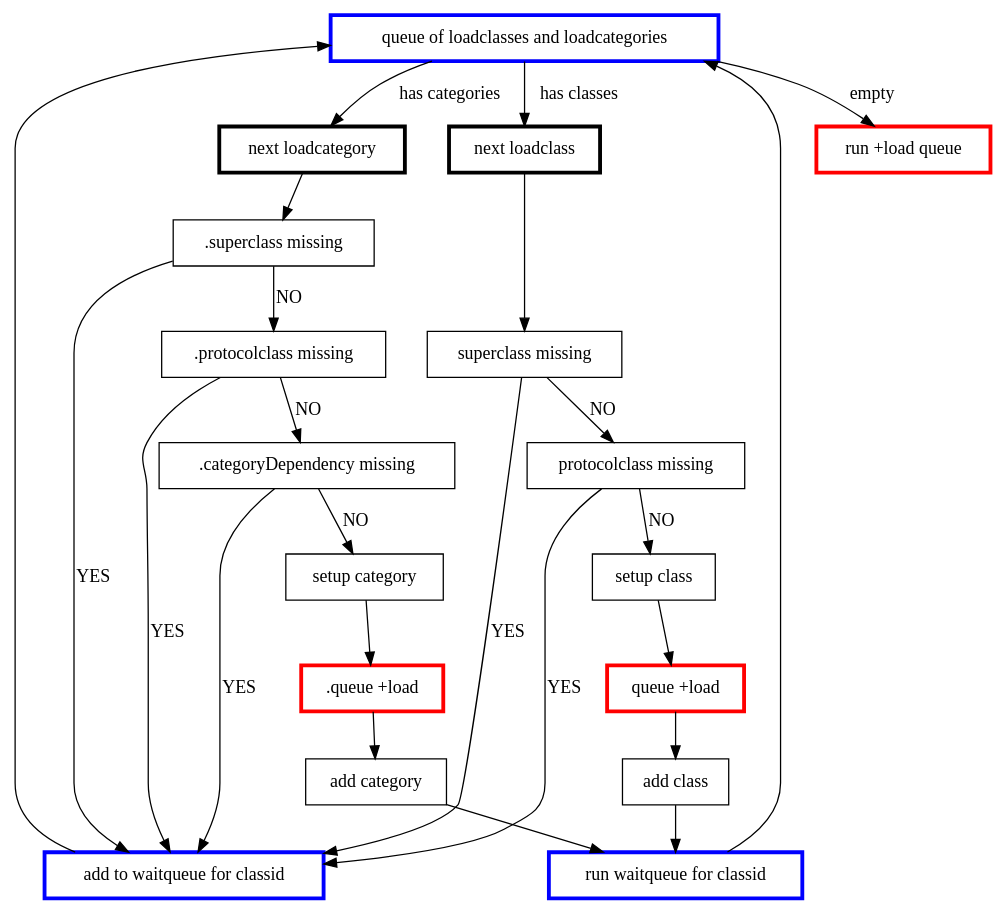
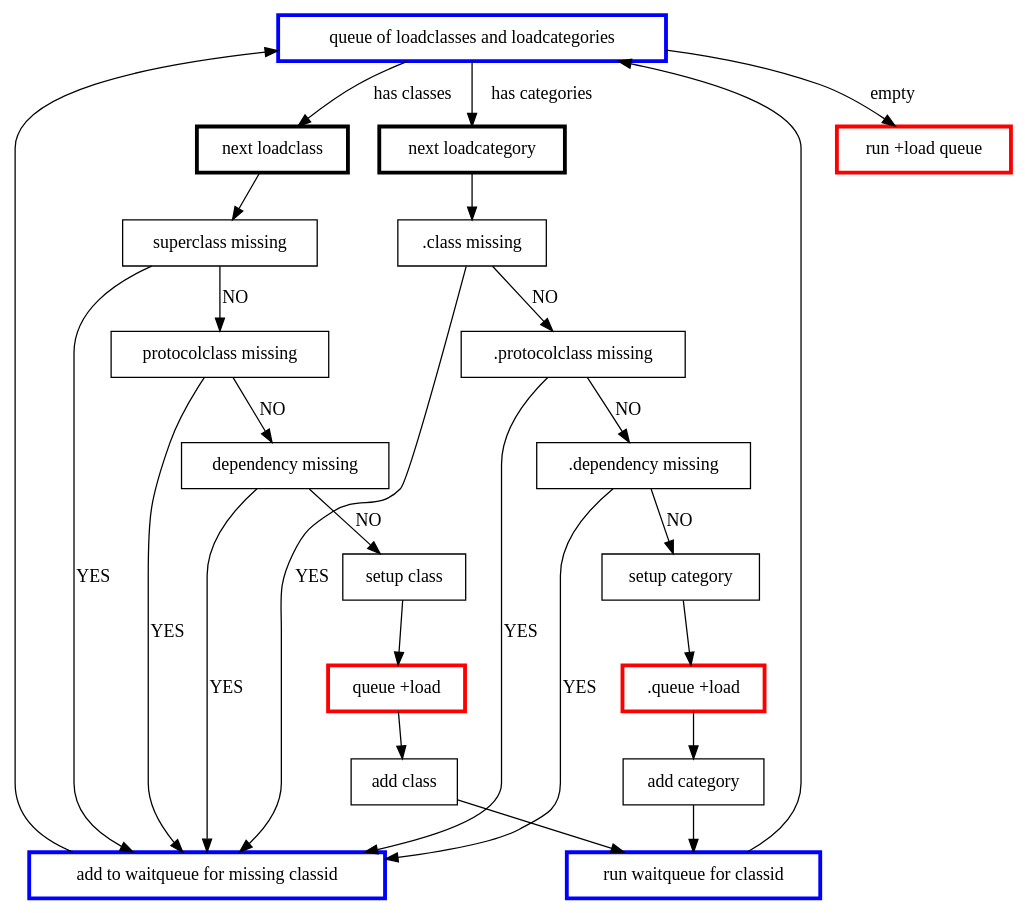
One commit to mulle-objc/mulle-objc-runtime changed the diagram in dox/load/loading.dot. Above: the diagram before and after it, drawn with Graphviz. The commit also changed 13 other files, not shown here.

```diff
--- a/dox/load/loading.dot
+++ b/dox/load/loading.dot
@@ -1,47 +1,48 @@
 digraph loading
 {
    node [ shape="box"]
-
 
    "queue of loadclasses and loadcategories" -> "next loadclass"     [ label=" has classes"]
    "queue of loadclasses and loadcategories" -> "next loadcategory"  [ label=" has categories"]
    "queue of loadclasses and loadcategories" -> "run +load queue" [ label=" empty "]
 
    { rank = same; "next loadclass"; "next loadcategory"; "run +load queue"}
 
    "next loadclass"        -> "superclass missing"
-   "superclass missing"    -> "add to waitqueue for classid"         [ label="YES"]
-   "superclass missing"    -> "protocolclass missing"   [ label="NO"]
-   "protocolclass missing" -> "add to waitqueue for classid"          [ label="YES"]
-   "protocolclass missing" -> "setup class"              [ label="NO"]
+   "superclass missing"    -> "add to waitqueue for missing classid"   [ label="YES"]
+   "superclass missing"    -> "protocolclass missing"          [ label="NO"]
+   "protocolclass missing" -> "add to waitqueue for missing classid"   [ label="YES"]
+   "protocolclass missing" -> "dependency missing"             [ label="NO"]
+   "dependency missing"    -> "add to waitqueue for missing classid"   [ label="YES"]
+   "dependency missing"    -> "setup class"                    [ label="NO"]
    "setup class"           -> "queue +load"
    "queue +load"           -> "add class"
    "add class"             -> "run waitqueue for classid"
-   "run waitqueue for classid" -> "queue of loadclasses and loadcategories"
-   "add to waitqueue for classid" -> "queue of loadclasses and loadcategories"
+   "run waitqueue for classid"    -> "queue of loadclasses and loadcategories"
+   "add to waitqueue for missing classid" -> "queue of loadclasses and loadcategories"
 
 
-   "next loadcategory"      -> ".superclass missing"
-   ".superclass missing"    -> "add to waitqueue for classid"         [ label="YES"]
-   ".superclass missing"    -> ".protocolclass missing"   [ label="NO"]
-   ".protocolclass missing" -> "add to waitqueue for classid"          [ label="YES"]
-   ".protocolclass missing" -> ".categoryDependency missing"           [ label="NO"]
-   ".categoryDependency missing" -> "add to waitqueue for classid"     [ label="YES"]
-   ".categoryDependency missing" -> "setup category"                   [ label="NO"]
+   "next loadcategory"      -> ".class missing"
+   ".class missing"         -> "add to waitqueue for missing classid"   [ label="YES"]
+   ".class missing"         -> ".protocolclass missing"         [ label="NO"]
+   ".protocolclass missing" -> "add to waitqueue for missing classid"   [ label="YES"]
+   ".protocolclass missing" -> ".dependency missing"            [ label="NO"]
+   ".dependency missing"    -> "add to waitqueue for missing classid"   [ label="YES"]
+   ".dependency missing"    -> "setup category"                 [ label="NO"]
    "setup category"         -> ".queue +load"
    ".queue +load"           -> "add category"
    "add category"           -> "run waitqueue for classid"
 
    "queue +load"        [ color="red",penwidth=3]
    ".queue +load"       [ color="red",penwidth=3]
    "next loadclass"     [ penwidth=3]
    "next loadcategory"  [ penwidth=3]
    "run +load queue"    [ color="red", penwidth=3]
 
    "queue of loadclasses and loadcategories" [ color="blue", penwidth=3]
 
-   { rank = same; "run waitqueue for classid" ; "add to waitqueue for classid" }
+   { rank = same; "run waitqueue for classid" ; "add to waitqueue for missing classid" }
 
    "run waitqueue for classid"               [ color="blue", penwidth=3]
-   "add to waitqueue for classid"            [ color="blue", penwidth=3]
+   "add to waitqueue for missing classid"    [ color="blue", penwidth=3]
 }
```
